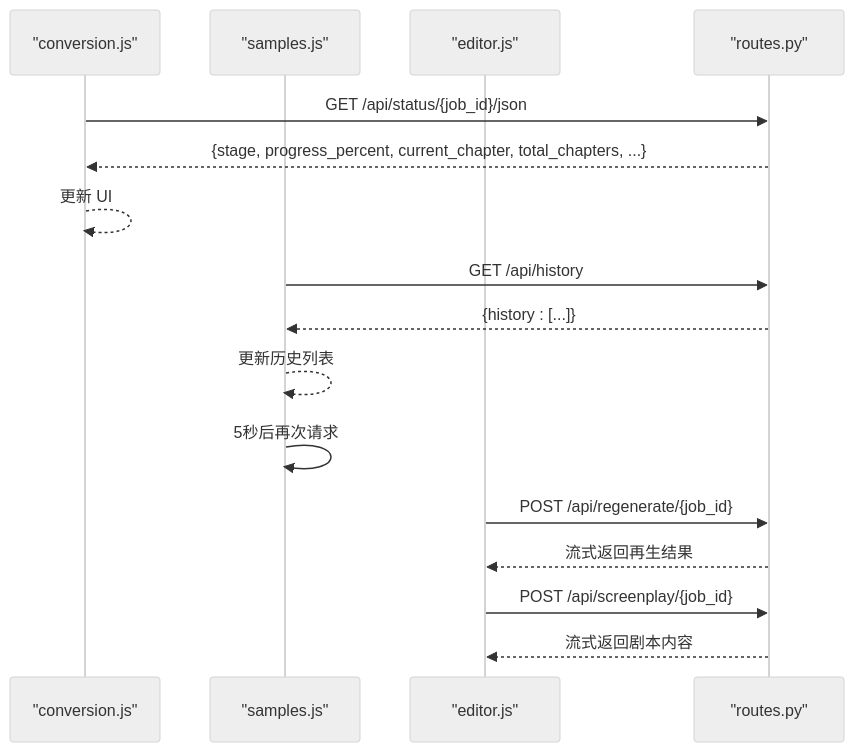
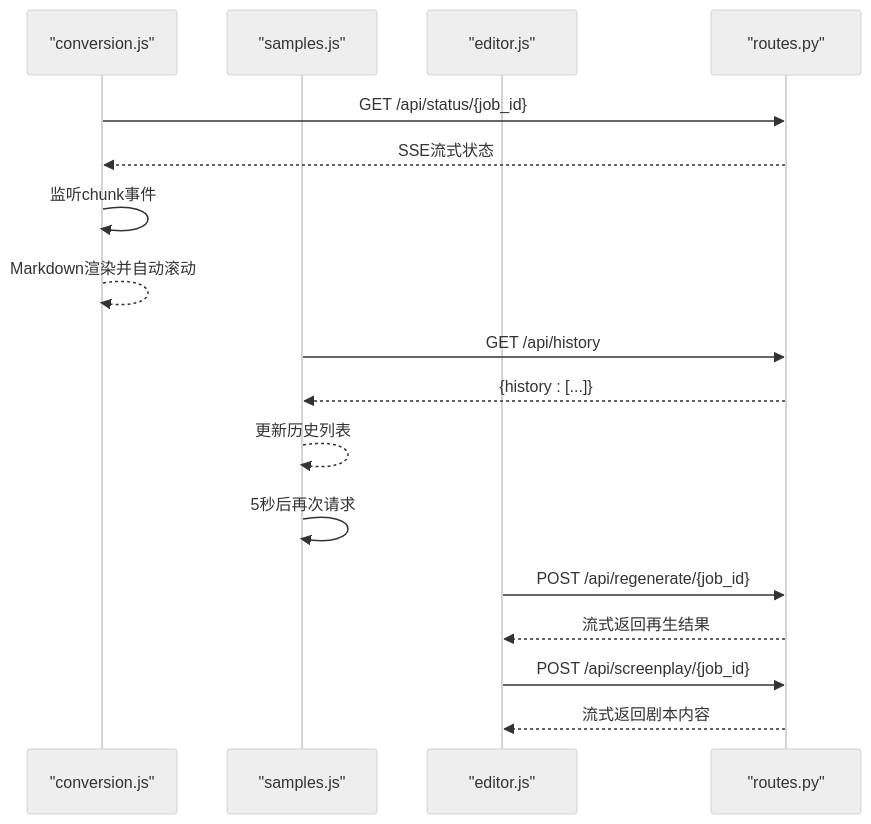
Before and after one commit to tjujingzong/Novel-to-Screenplay: the ninth of 10 diagrams in .qoder/repowiki/zh/content/前端界面/前端界面.md, drawn with Mermaid (neutral theme). The commit also changed other lines of this file and 6 other files, not shown here.

````diff
--- a/.qoder/repowiki/zh/content/前端界面/前端界面.md
+++ b/.qoder/repowiki/zh/content/前端界面/前端界面.md
@@ -499,18 +525,19 @@
 ```mermaid
 sequenceDiagram
 participant C as "conversion.js"
 participant H as "samples.js"
 participant E as "editor.js"
 participant API as "routes.py"
-C->>API : GET /api/status/{job_id}/json
-API-->>C : {stage, progress_percent, current_chapter, total_chapters, ...}
-C-->>C : 更新 UI
+C->>API : GET /api/status/{job_id}
+API-->>C : SSE流式状态
+C->>C : 监听chunk事件
+C-->>C : Markdown渲染并自动滚动
 H->>API : GET /api/history
 API-->>H : {history : [...]}
 H-->>H : 更新历史列表
 H->>H : 5秒后再次请求
 E->>API : POST /api/regenerate/{job_id}
 API-->>E : 流式返回再生结果
 E->>API : POST /api/screenplay/{job_id}
 API-->>E : 流式返回剧本内容
 ```
````
